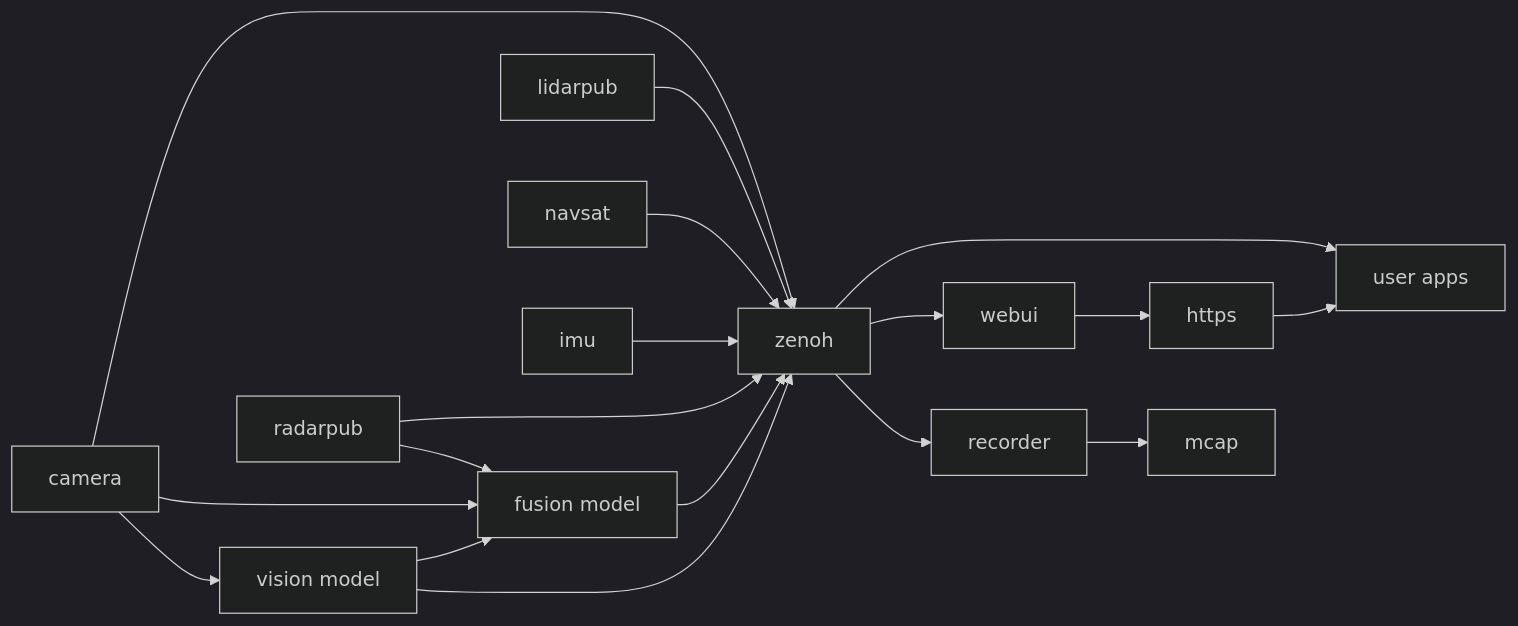
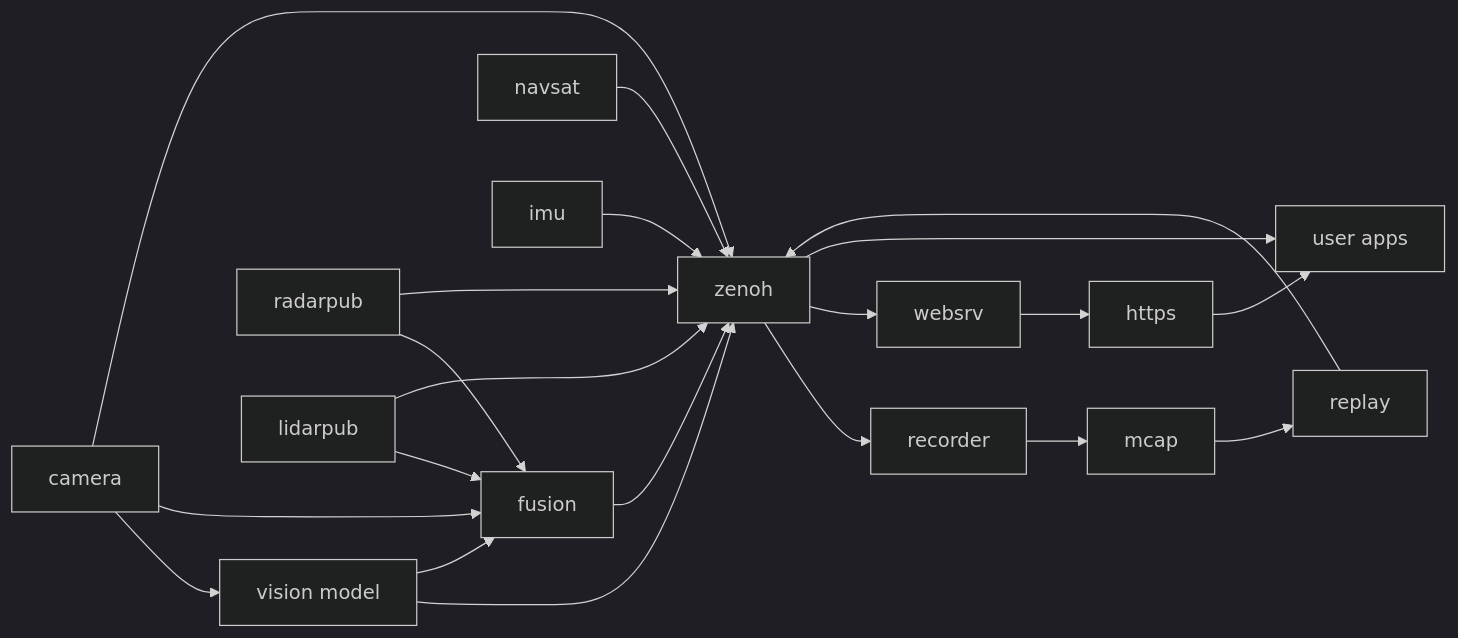
The diagram in docs/perception/index.md (EdgeFirstAI/documentation), drawn with Mermaid (dark theme) before and after one commit. The commit also changed other lines of this file and 69 other files, not shown here.

````diff
--- a/docs/perception/index.md
+++ b/docs/perception/index.md
@@ -11,16 +11,18 @@
 ```mermaid
 graph LR
-    camera --> model["vision model"] --> zenoh    
-    radarpub --> fusion["fusion model"] --> zenoh
+    camera --> model["vision model"] --> zenoh
+    radarpub --> fusion["fusion"] --> zenoh
+    lidarpub --> fusion
     lidarpub --> zenoh
     camera --> fusion
     radarpub --> zenoh
-    camera --> zenoh    
+    camera --> zenoh
     model --> fusion
     navsat --> zenoh
     imu --> zenoh
     zenoh --> recorder --> mcap
-    zenoh --> webui --> https
+    mcap --> replay --> zenoh
+    zenoh --> websrv --> https
     zenoh --> user["user apps"]
     https --> user
 ```
````
